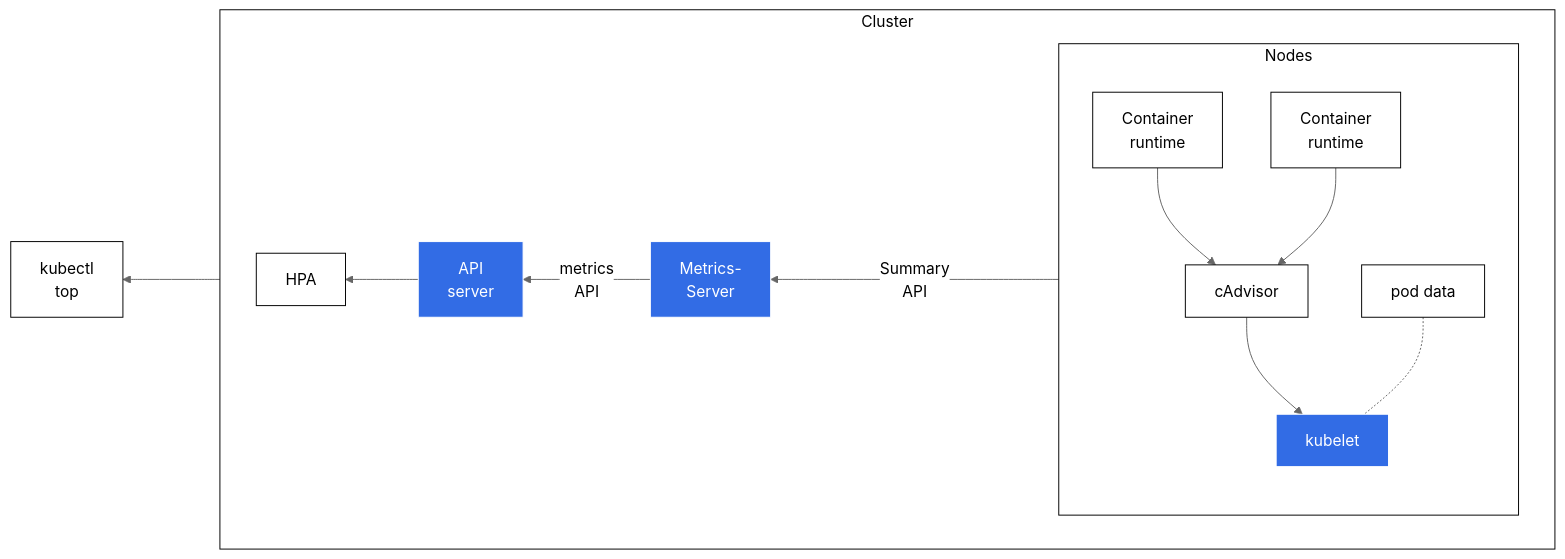
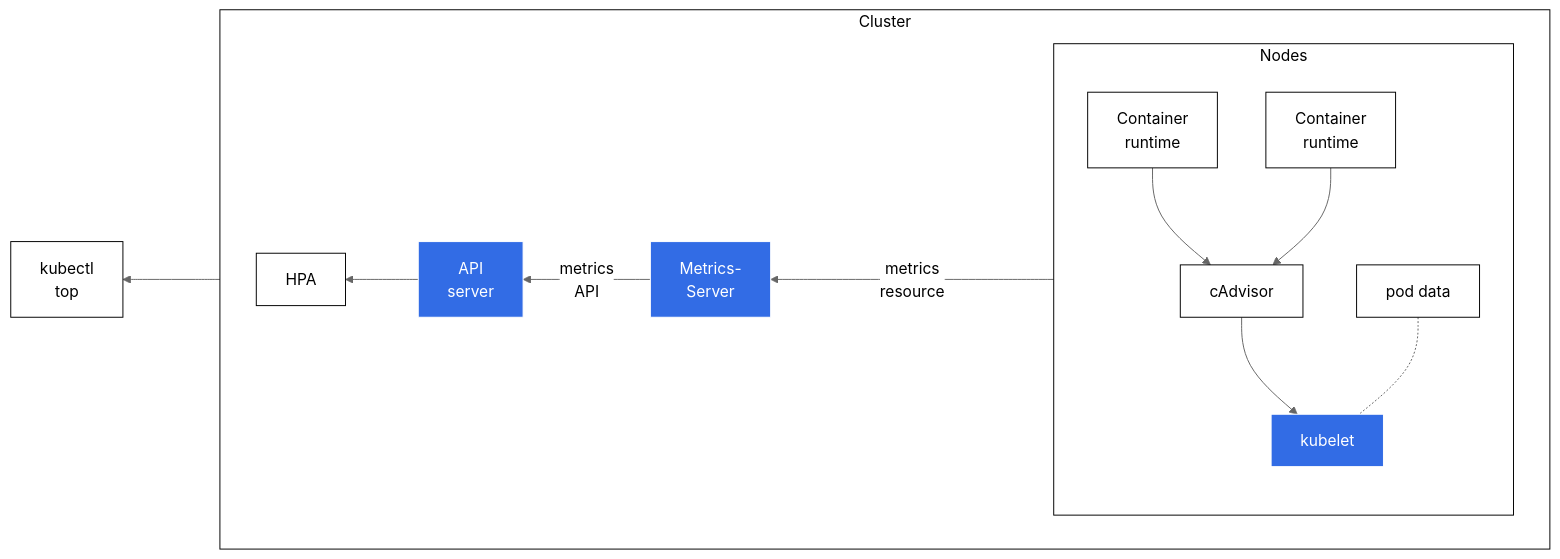
One commit to kubernetes/website changed the diagram in content/en/docs/tasks/debug/debug-cluster/resource-metrics-pipeline.md. Above: the diagram before and after it, drawn with Mermaid (neutral theme).

Commit message:
Change the indicator resource endpoint from the old version of Summary API to metrics resource

```diff
--- a/content/en/docs/tasks/debug/debug-cluster/resource-metrics-pipeline.md
+++ b/content/en/docs/tasks/debug/debug-cluster/resource-metrics-pipeline.md
@@ -38,25 +38,25 @@
 {{< mermaid >}}
 flowchart RL
 subgraph cluster[Cluster]
 direction RL
 S[ <br><br> ]
 A[Metrics-<br>Server]
 subgraph B[Nodes]
 direction TB
 D[cAdvisor] --> C[kubelet]
 E[Container<br>runtime] --> D
 E1[Container<br>runtime] --> D
 P[pod data] -.- C
 end
 L[API<br>server]
 W[HPA]
-C ---->|Summary<br>API| A -->|metrics<br>API| L --> W
+C ---->|metrics<br>resource| A -->|metrics<br>API| L --> W
 end
 L ---> K[kubectl<br>top]
 classDef box fill:#fff,stroke:#000,stroke-width:1px,color:#000;
 class W,B,P,K,cluster,D,E,E1 box
 classDef spacewhite fill:#ffffff,stroke:#fff,stroke-width:0px,color:#000
 class S spacewhite
 classDef k8s fill:#326ce5,stroke:#fff,stroke-width:1px,color:#fff;
 class A,L,C k8s
 {{< /mermaid >}}
```
